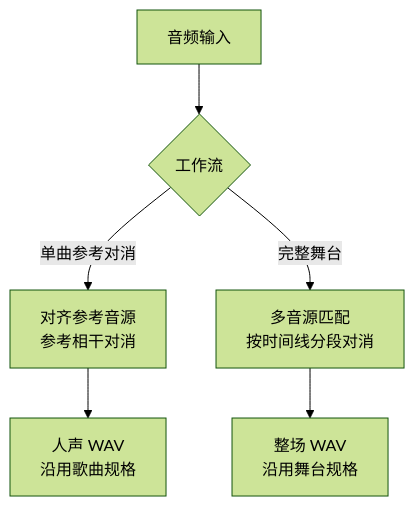
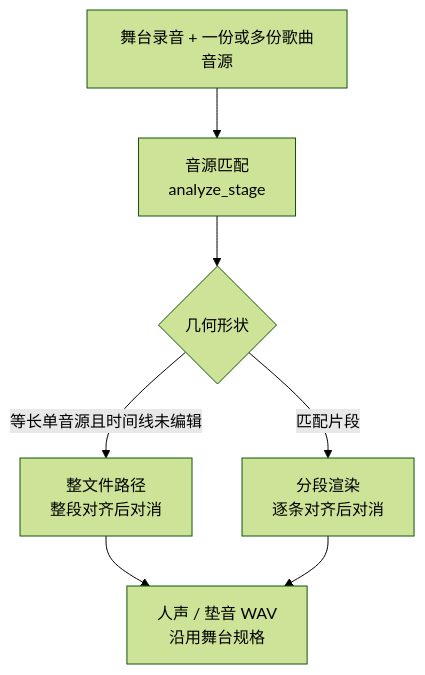
One commit to ChouChiu/Purivox changed the third of 4 diagrams in docs/architecture.md. Above: the diagram before and after it, drawn with Mermaid (forest theme). The commit also changed other lines of this file and 16 other files, not shown here.

````diff
--- a/docs/architecture.md
+++ b/docs/architecture.md
@@ -118,8 +124,9 @@
 ```mermaid
 flowchart TB
-    input["音频输入"] --> choice{"工作流"}
-    choice -->|单曲参考对消| mr["对齐参考音源<br/>参考相干对消"]
-    choice -->|完整舞台| stage["多音源匹配<br/>按时间线分段对消"]
-    mr --> mrout["人声 WAV<br/>沿用歌曲规格"]
-    stage --> stageout["整场 WAV<br/>沿用舞台规格"]
+    input["舞台录音 + 一份或多份歌曲音源"] --> match["音源匹配<br/>analyze_stage"]
+    match --> choice{"几何形状"}
+    choice -->|等长单音源且时间线未编辑| whole["整文件路径<br/>整段对齐后对消"]
+    choice -->|匹配片段| stage["分段渲染<br/>逐条对齐后对消"]
+    whole --> out["人声 / 垫音 WAV<br/>沿用舞台规格"]
+    stage --> out
 ```
````
